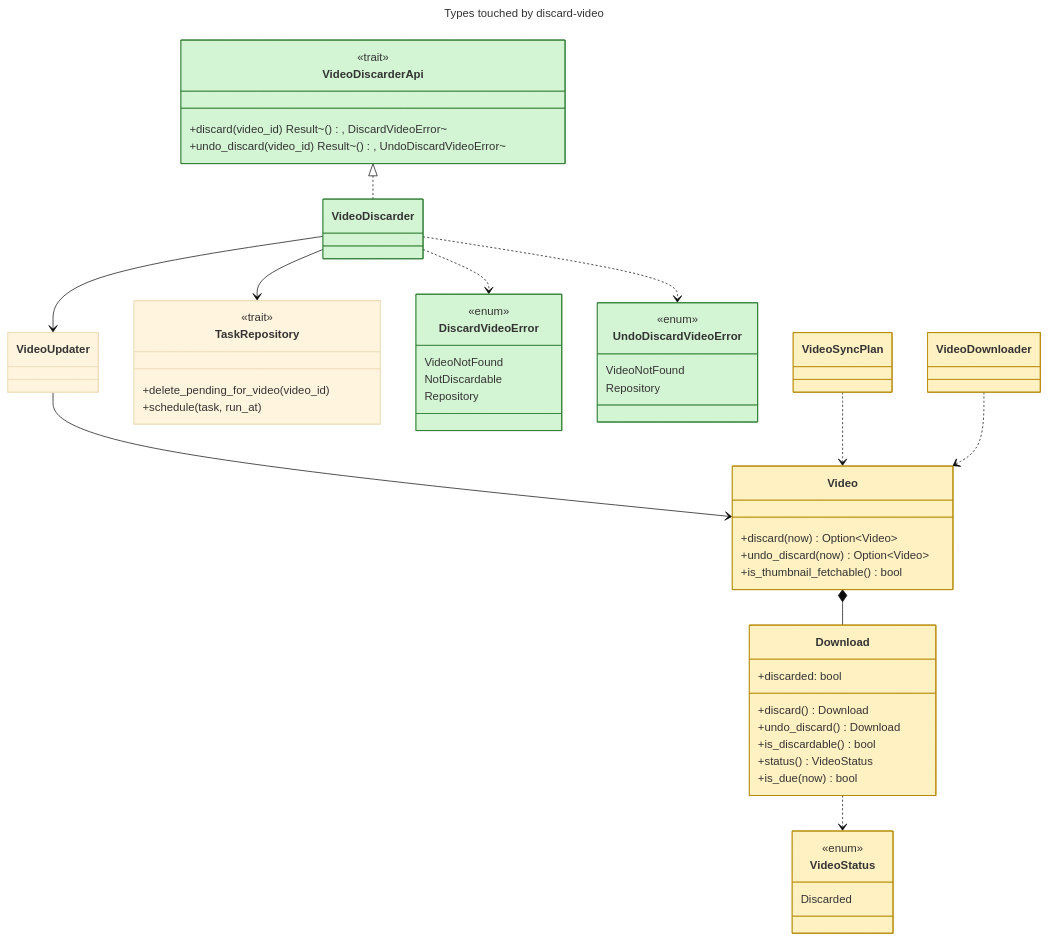
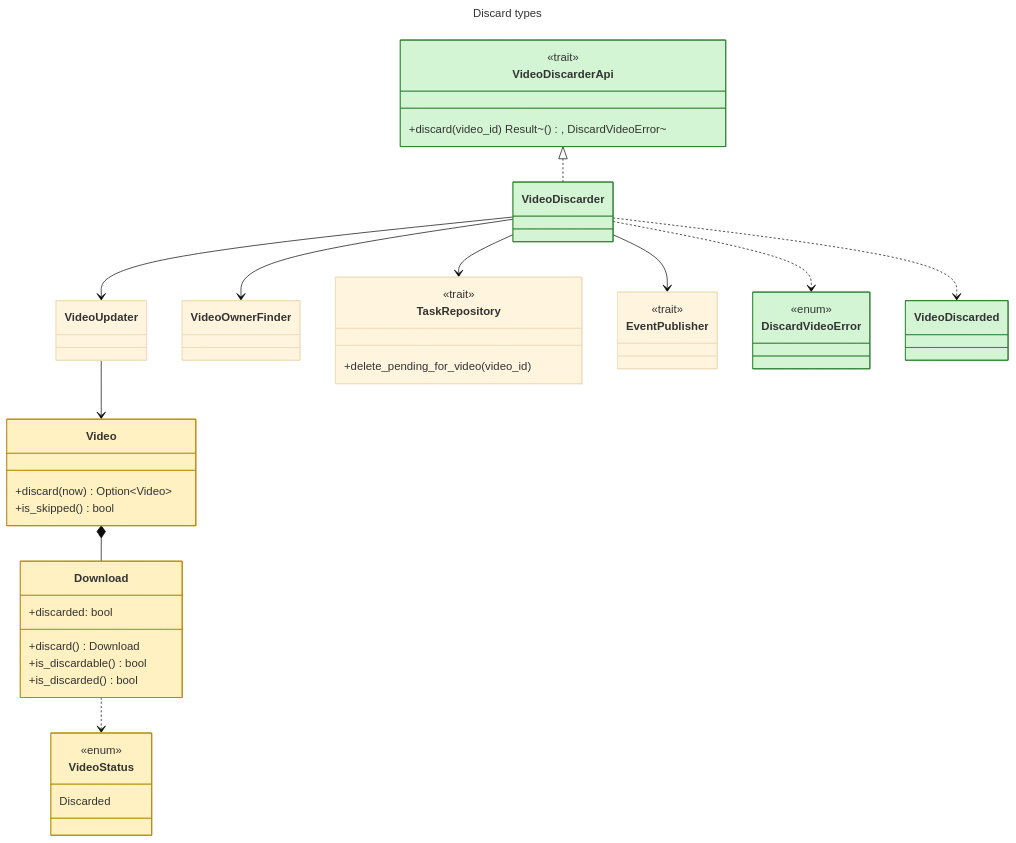
One commit to sergigp/yarrtube changed the first of 6 diagrams in openspec/changes/discard-video/design.md. Above: the diagram before and after it, drawn with Mermaid (base theme). The commit also changed other lines of this file and 7 other files, not shown here.

Commit message:
Revise discard-video: irreversible, downloaded videos, skipped videos outside channel limit

````diff
--- a/openspec/changes/discard-video/design.md
+++ b/openspec/changes/discard-video/design.md
@@ -16,70 +18,58 @@
 ```mermaid
 ---
-title: Types touched by discard-video
+title: Discard types
 ---
 classDiagram
   class VideoDiscarderApi {
     <<trait>>
     +discard(video_id) Result~(), DiscardVideoError~
-    +undo_discard(video_id) Result~(), UndoDiscardVideoError~
   }
   class VideoDiscarder
   class VideoUpdater
+  class VideoOwnerFinder
   class TaskRepository {
     <<trait>>
     +delete_pending_for_video(video_id)
-    +schedule(task, run_at)
+  }
+  class EventPublisher {
+    <<trait>>
   }
   class Video {
     +discard(now) Option~Video~
-    +undo_discard(now) Option~Video~
-    +is_thumbnail_fetchable() bool
+    +is_skipped() bool
   }
   class Download {
     +discarded: bool
     +discard() Download
-    +undo_discard() Download
     +is_discardable() bool
-    +status() VideoStatus
-    +is_due(now) bool
+    +is_discarded() bool
   }
   class VideoStatus {
     <<enum>>
     Discarded
   }
   class DiscardVideoError {
     <<enum>>
-    VideoNotFound
-    NotDiscardable
-    Repository
   }
-  class UndoDiscardVideoError {
-    <<enum>>
-    VideoNotFound
-    Repository
-  }
-  class VideoSyncPlan
-  class VideoDownloader
+  class VideoDiscarded
   VideoDiscarderApi <|.. VideoDiscarder
   VideoDiscarder --> VideoUpdater
+  VideoDiscarder --> VideoOwnerFinder
   VideoDiscarder --> TaskRepository
+  VideoDiscarder --> EventPublisher
+  VideoDiscarder ..> VideoDiscarded
   VideoDiscarder ..> DiscardVideoError
-  VideoDiscarder ..> UndoDiscardVideoError
   VideoUpdater --> Video
   Video *-- Download
   Download ..> VideoStatus
-  VideoSyncPlan ..> Video
-  VideoDownloader ..> Video
   class VideoDiscarderApi:::new
   class VideoDiscarder:::new
   class DiscardVideoError:::new
-  class UndoDiscardVideoError:::new
+  class VideoDiscarded:::new
   class Video:::changed
   class Download:::changed
   class VideoStatus:::changed
-  class VideoSyncPlan:::changed
-  class VideoDownloader:::changed
   classDef new fill:#d4f5d4,stroke:#2e7d32
   classDef changed fill:#fff1c2,stroke:#b58900
   classDef removed fill:#f8d4d4,stroke:#c62828,stroke-dasharray:4
 ```
````
